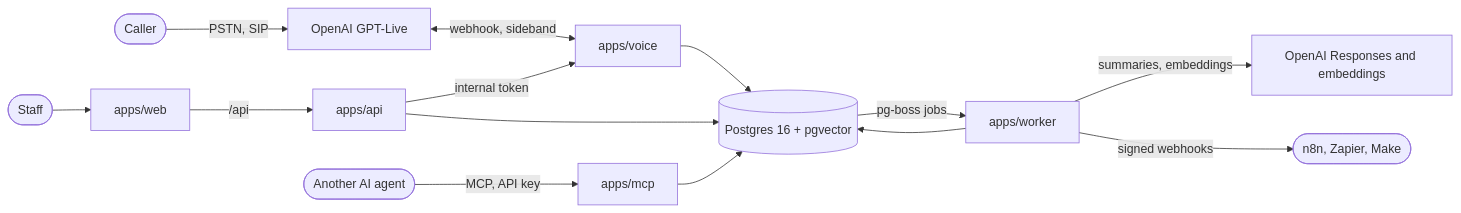
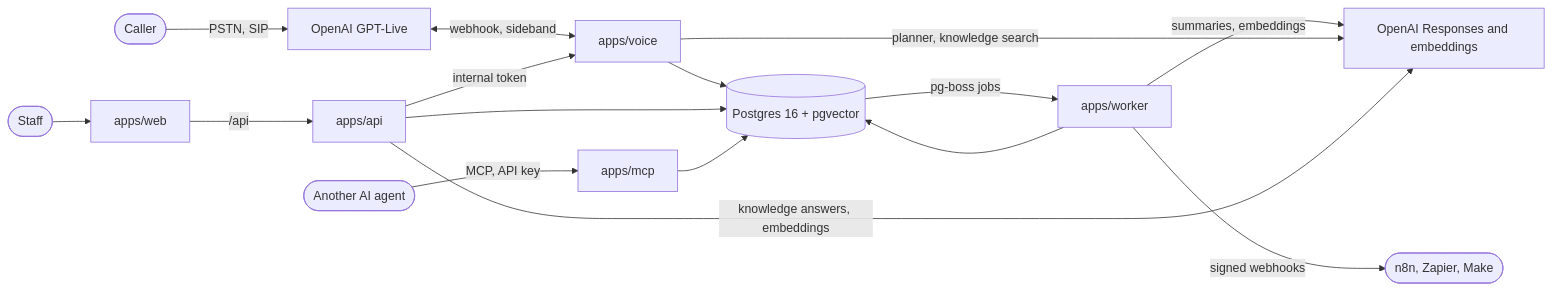
One commit to Elegant-IT-Limited/attendra changed the first of 2 diagrams in docs/architecture.md. Above: the diagram before and after it, drawn with Mermaid.

Commit message:
docs(architecture): voice and the API call OpenAI too (D17)
The diagram showed only the worker calling OpenAI's Responses and
embeddings APIs. The voice service calls them for the planner and for
searching the clinic's documents, and the API for knowledge answers and
embeddings.

````diff
--- a/docs/architecture.md
+++ b/docs/architecture.md
@@ -40,15 +40,17 @@
 ```mermaid
 flowchart LR
   caller([Caller]) -->|PSTN, SIP| openai[OpenAI GPT-Live]
   openai <-->|webhook, sideband| voice[apps/voice]
   staff([Staff]) --> web[apps/web] -->|/api| api[apps/api]
   api -->|internal token| voice
   agent([Another AI agent]) -->|MCP, API key| mcp[apps/mcp]
   voice --> pg[(Postgres 16 + pgvector)]
   api --> pg
   mcp --> pg
   worker[apps/worker] --> pg
   pg -->|pg-boss jobs| worker
   worker -->|summaries, embeddings| models[OpenAI Responses and embeddings]
+  voice -->|planner, knowledge search| models
+  api -->|knowledge answers, embeddings| models
   worker -->|signed webhooks| receivers([n8n, Zapier, Make])
 ```
````
